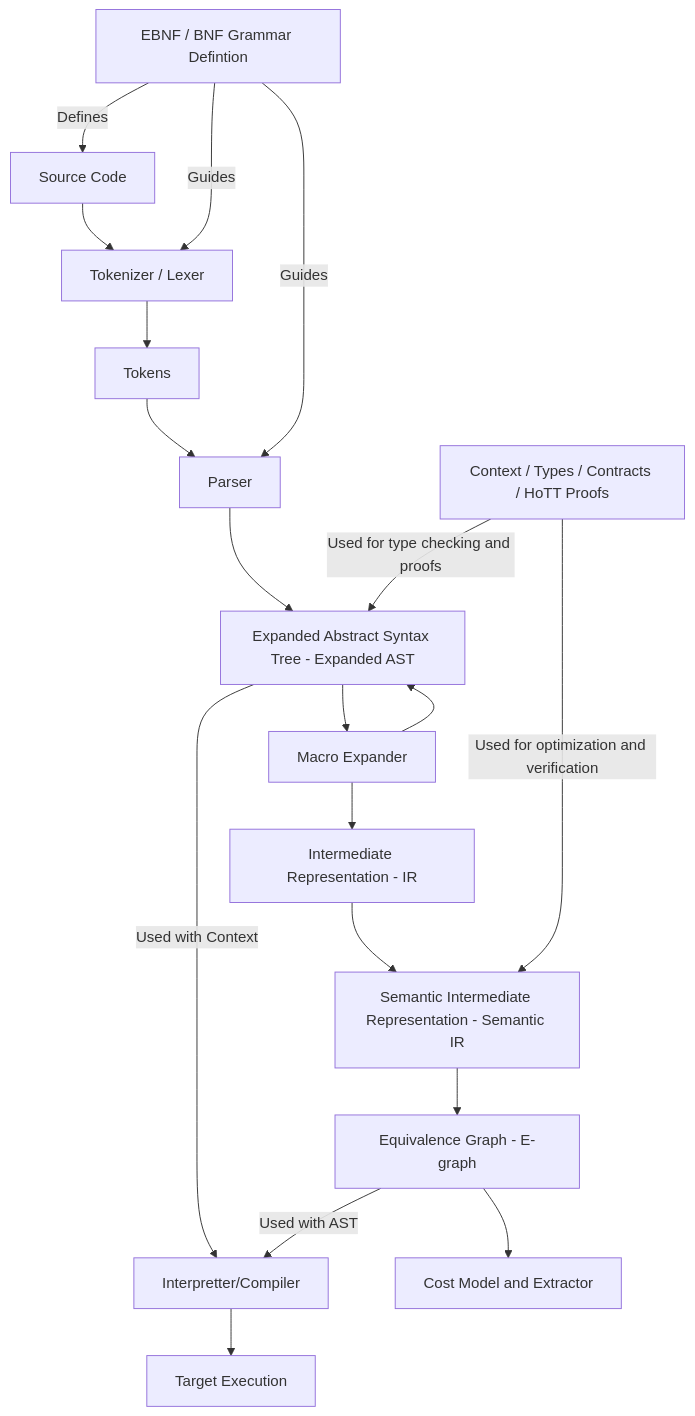
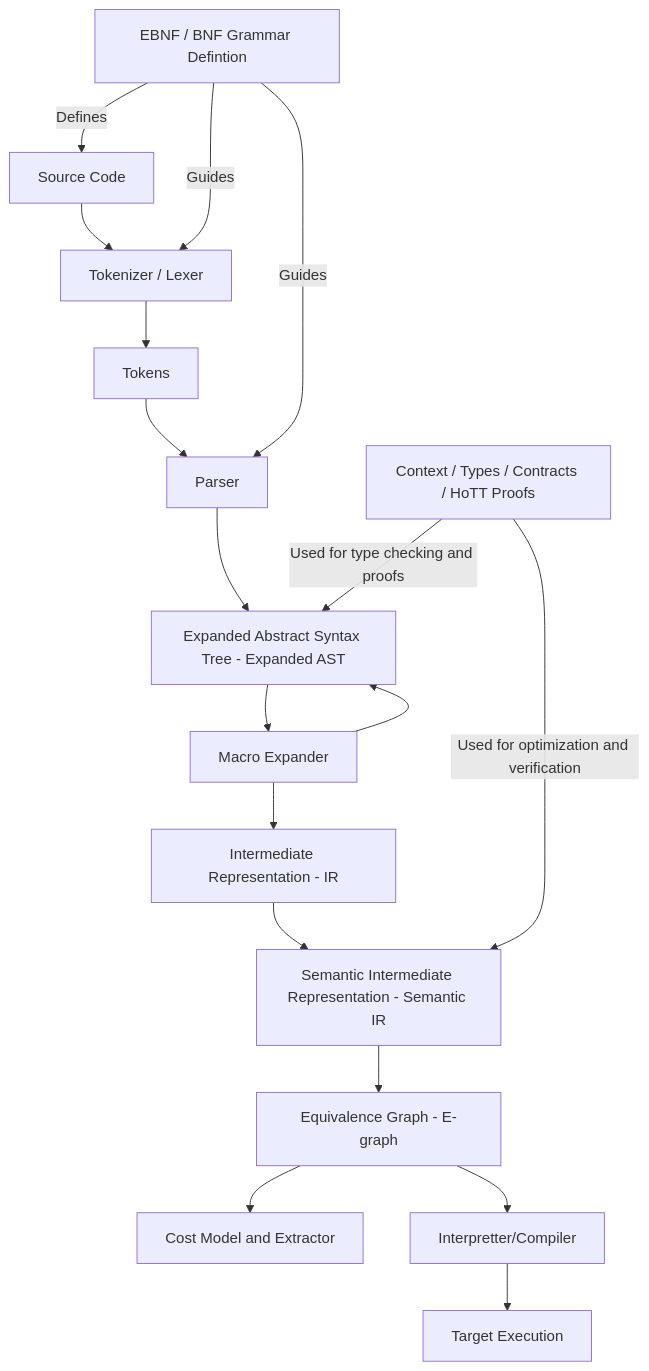
The diagram in compiler.md (tbrumbaugh5396/my-amazing-programming-language), drawn with Mermaid before and after one commit.

````diff
--- a/compiler.md
+++ b/compiler.md
@@ -1,24 +1,23 @@
 ```mermaid
 
 graph TD
     A[Source Code] --> B[Tokenizer / Lexer]
     B --> C[Tokens]
     C --> D[Parser]
     D --> E[Expanded Abstract Syntax Tree - Expanded AST]
     E --> F[Macro Expander]
     F --> E
     G[EBNF / BNF Grammar Defintion] --> | Defines| A
     G --> | Guides | B
     G --> | Guides | D
     H[Context / Types / Contracts / HoTT Proofs] 
     H --> | Used for type checking and proofs | E
-    E --> | Used with Context | I
     F --> J[Intermediate Representation - IR]
     J --> K[Semantic Intermediate Representation - Semantic IR]
     H --> | Used for optimization and verification | K
     K --> L[Equivalence Graph - E-graph]
     L --> M[Cost Model and Extractor]
-    L --> | Used with AST | I[Interpretter/Compiler]
+    L --> I[Interpretter/Compiler]
     I --> N[Target Execution]
 
 ```
````
